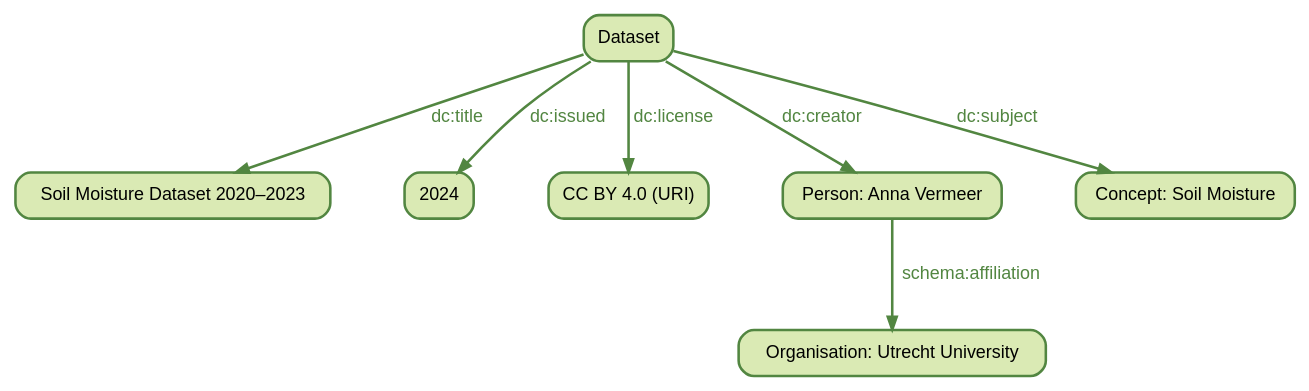
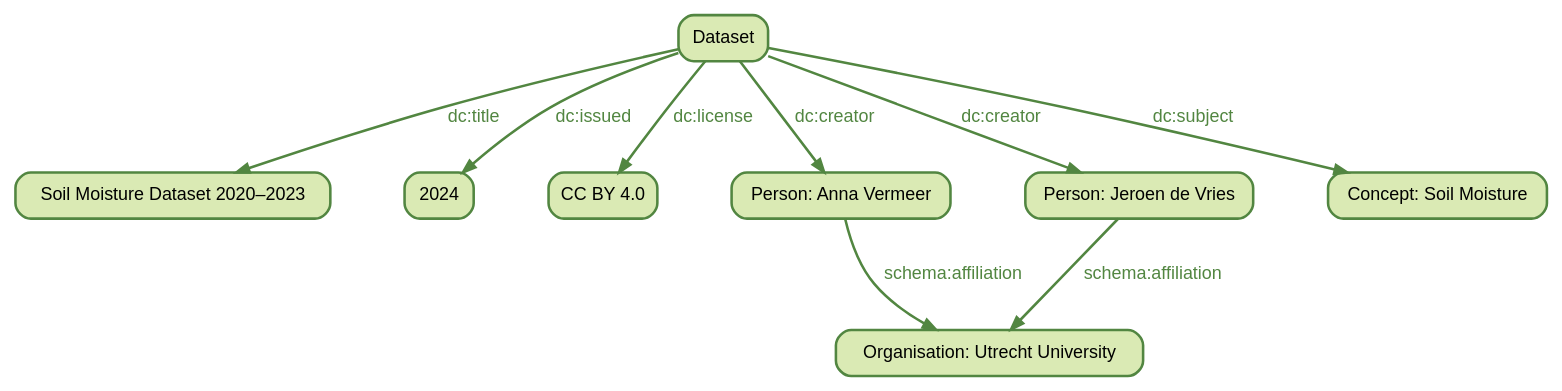
Before and after one commit to chStaiger/rdm-tech-foundations: the second of 2 diagrams in book/metadata.qmd, drawn with Graphviz. The commit also changed other lines of this file, not shown here.

````diff
--- a/book/metadata.qmd
+++ b/book/metadata.qmd
@@ -288,56 +400,59 @@
 ```{dot}
-//| label: fig-1
+//| label: fig-2
 //| fig-cap: Knowledge Graph
 //| fig-align: center
-//| fig-width: 8
+//| fig-width: 9
 //| output: svg
 
 digraph knowledge_graph {
 
     graph [
         rankdir=TD,
         bgcolor="white",
         fontname="Helvetica",
         fontsize=14,
         nodesep=0.8,
         ranksep=1.0
     ];
 
     node [
         shape=box,
         style="rounded,filled",
         fontname="Helvetica",
         fontsize=14,
         color="#528641",
         fillcolor="#DAEAB4",
         penwidth=2,
         sketch=1
     ];
 
     edge [
         fontname="Helvetica",
         fontsize=14,
         color="#528641",
         fontcolor="#528641",
         penwidth=2
     ];
 
     // Nodes
     D   [label="Dataset"];
     T   [label="Soil Moisture Dataset 2020–2023"];
     Y   [label="2024"];
-    L   [label="CC BY 4.0 (URI)"];
-    P   [label="Person: Anna Vermeer"];
+    L   [label="CC BY 4.0"];
+    P1   [label="Person: Anna Vermeer"];
+    P2   [label="Person: Jeroen de Vries"];
     S   [label="Concept: Soil Moisture"];
     O   [label="Organisation: Utrecht University"];
 
     // Edges
     D -> T [label="dc:title"];
     D -> Y [label="dc:issued"];
     D -> L [label="dc:license"];
-    D -> P [label="dc:creator"];
+    D -> P1 [label="dc:creator"];
+    D -> P2 [label="dc:creator"];
     D -> S [label="dc:subject"];
 
-    P -> O [label="schema:affiliation"];
+    P1 -> O [label="schema:affiliation"];
+    P2 -> O [label="schema:affiliation"];
 }
 ```
````
